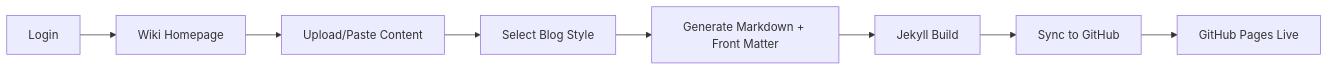
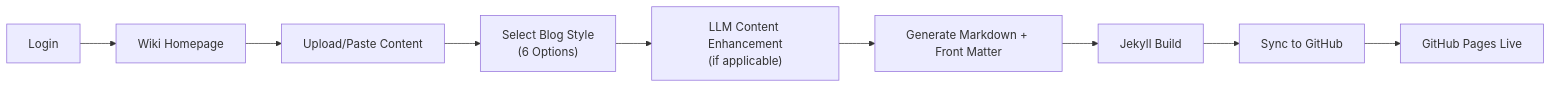
Diagram 14 of 14 in .qoder/repowiki/en/content/Frontend Application/Article Presentation System/Article Presentation System.md (PolarisW007/PolaZhenJing), drawn with Mermaid before and after one commit. The commit also changed other lines of this file and 11 other files, not shown here.

````diff
--- a/.qoder/repowiki/en/content/Frontend Application/Article Presentation System/Article Presentation System.md
+++ b/.qoder/repowiki/en/content/Frontend Application/Article Presentation System/Article Presentation System.md
@@ -396,10 +741,11 @@
 ```mermaid
 flowchart LR
 Login["Login"] --> Wiki["Wiki Homepage"]
 Wiki --> Upload["Upload/Paste Content"]
-Upload --> Style["Select Blog Style"]
-Style --> Generate["Generate Markdown + Front Matter"]
+Upload --> Style["Select Blog Style<br/>(6 Options)"]
+Style --> LLM["LLM Content Enhancement<br/>(if applicable)"]
+LLM --> Generate["Generate Markdown + Front Matter"]
 Generate --> Jekyll["Jekyll Build"]
 Jekyll --> GitHub["Sync to GitHub"]
 GitHub --> Publish["GitHub Pages Live"]
 ```
````
